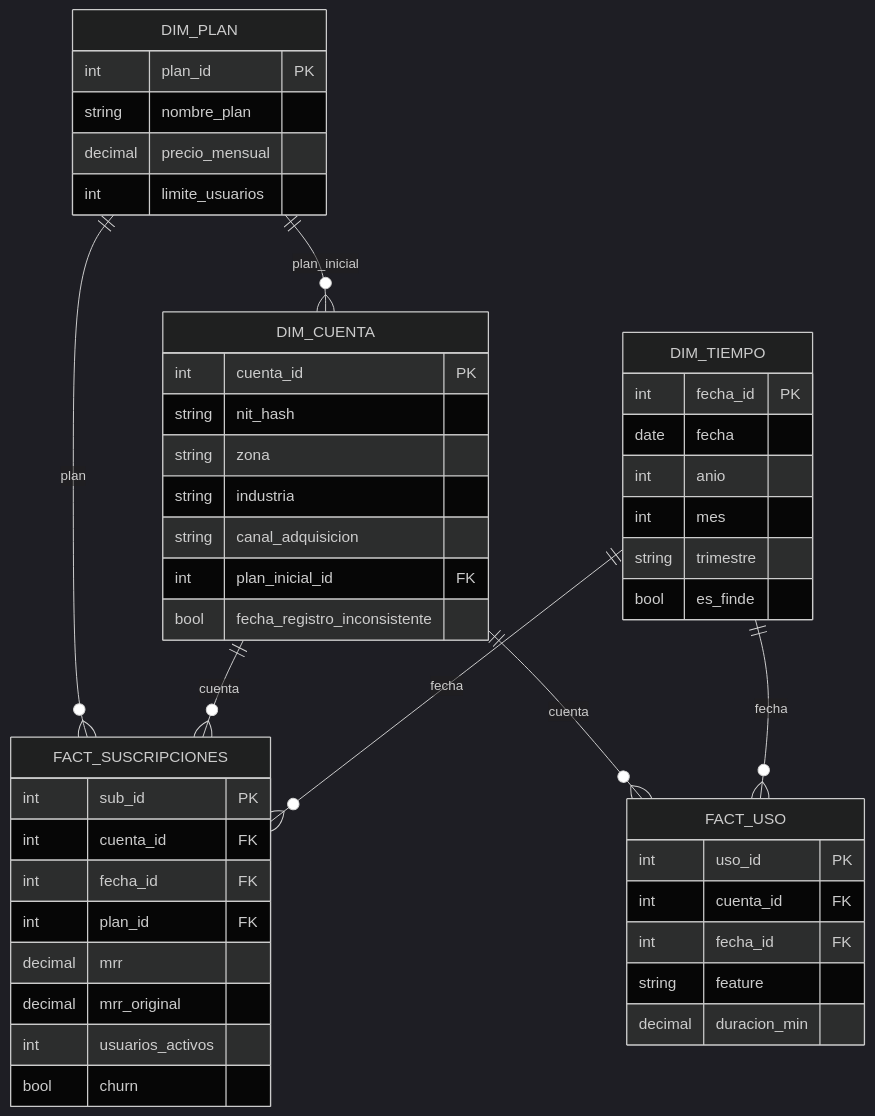
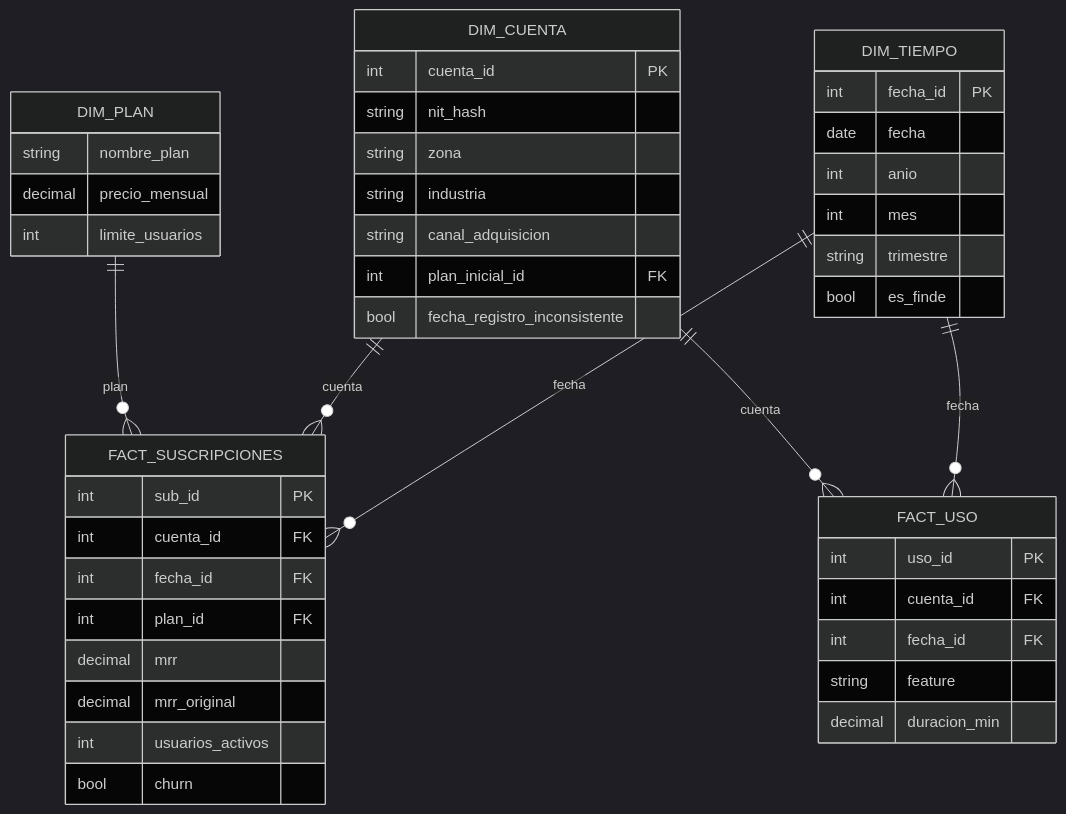
One commit to alexisunu/NovaApp-Insights changed the diagram in docs/esquema_estrella.md. Above: the diagram before and after it, drawn with Mermaid (dark theme). The commit also changed 7 other files, not shown here.

````diff
--- a/docs/esquema_estrella.md
+++ b/docs/esquema_estrella.md
@@ -7,50 +7,50 @@
 ```mermaid
 erDiagram
-    DIM_PLAN ||--o{ DIM_CUENTA : "plan_inicial"
+    
     DIM_PLAN ||--o{ FACT_SUSCRIPCIONES : "plan"
     DIM_CUENTA ||--o{ FACT_SUSCRIPCIONES : "cuenta"
     DIM_TIEMPO ||--o{ FACT_SUSCRIPCIONES : "fecha"
     DIM_CUENTA ||--o{ FACT_USO : "cuenta"
     DIM_TIEMPO ||--o{ FACT_USO : "fecha"
 
     DIM_PLAN {
-        int plan_id PK
+        
         string nombre_plan
         decimal precio_mensual
         int limite_usuarios
     }
     DIM_TIEMPO {
         int fecha_id PK
         date fecha
         int anio
         int mes
         string trimestre
         bool es_finde
     }
     DIM_CUENTA {
         int cuenta_id PK
         string nit_hash
         string zona
         string industria
         string canal_adquisicion
         int plan_inicial_id FK
         bool fecha_registro_inconsistente
     }
     FACT_SUSCRIPCIONES {
         int sub_id PK
         int cuenta_id FK
         int fecha_id FK
         int plan_id FK
         decimal mrr
         decimal mrr_original
         int usuarios_activos
         bool churn
     }
     FACT_USO {
         int uso_id PK
         int cuenta_id FK
         int fecha_id FK
         string feature
         decimal duracion_min
     }
 ```
````
